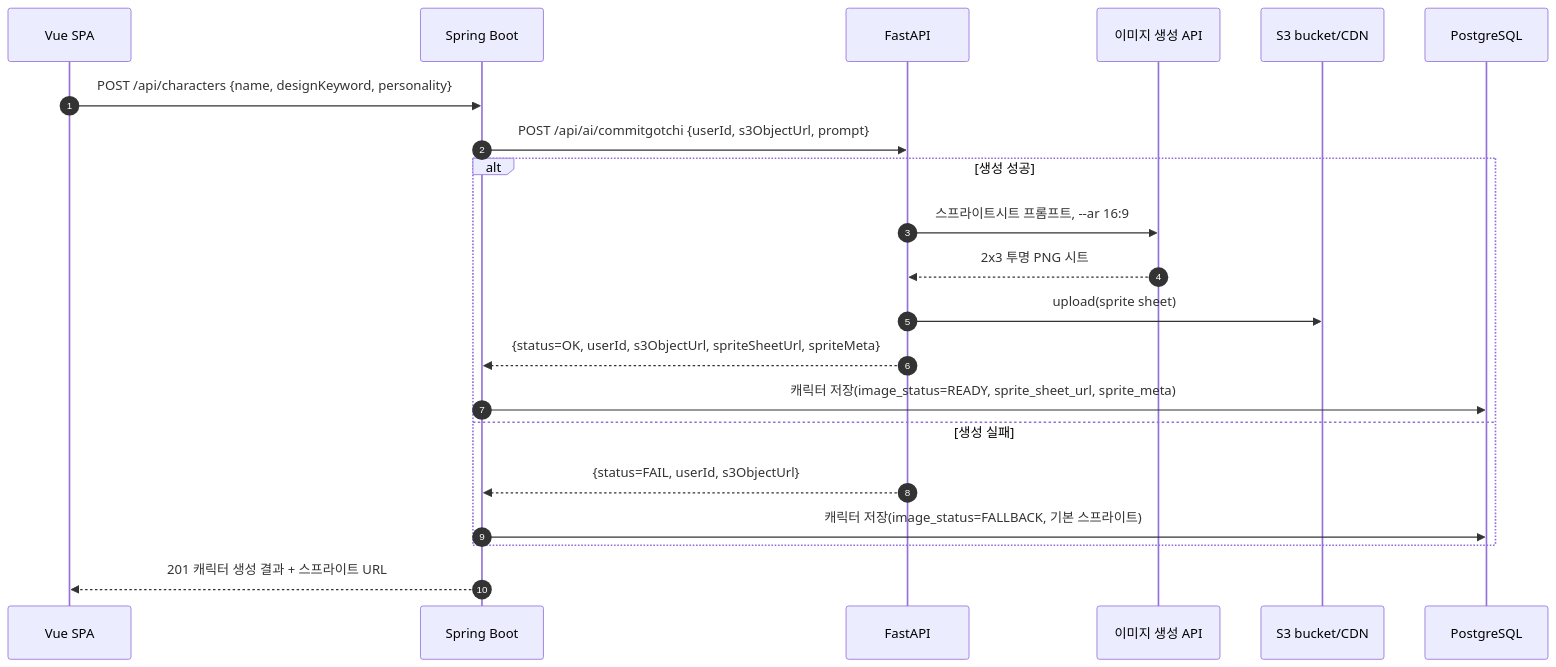
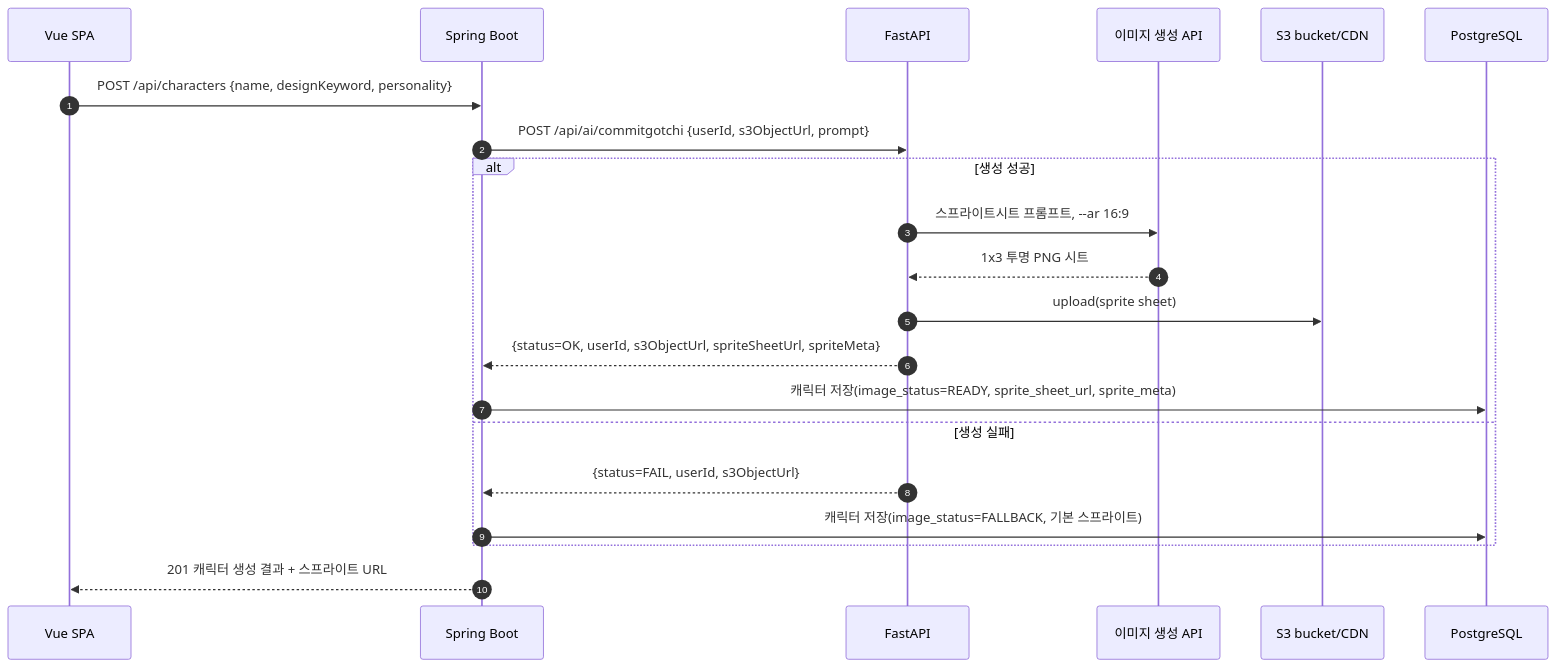
Before and after one commit to YunAndDong/commitgotchi: the seventh of 15 diagrams in _bmad-output/planning-artifacts/architecture/architecture-commitgotchi-2026-06-07/architecture.md, drawn with Mermaid. The commit also changed other lines of this file and 2 other files, not shown here.

Commit message:
docs(architecture.md): 캐릭터 생성에 관한 문저 재정렬

````diff
--- a/_bmad-output/planning-artifacts/architecture/architecture-commitgotchi-2026-06-07/architecture.md
+++ b/_bmad-output/planning-artifacts/architecture/architecture-commitgotchi-2026-06-07/architecture.md
@@ -881,24 +901,24 @@
 ```mermaid
 sequenceDiagram
   autonumber
   participant V as Vue SPA
   participant SB as Spring Boot
   participant FA as FastAPI
   participant AI as 이미지 생성 API
   participant S3 as S3 bucket/CDN
   participant DB as PostgreSQL
 
   V->>SB: POST /api/characters {name, designKeyword, personality}
   SB->>FA: POST /api/ai/commitgotchi {userId, s3ObjectUrl, prompt}
   alt 생성 성공
     FA->>AI: 스프라이트시트 프롬프트, --ar 16:9
-    AI-->>FA: 2x3 투명 PNG 시트
+    AI-->>FA: 1x3 투명 PNG 시트
     FA->>S3: upload(sprite sheet)
     FA-->>SB: {status=OK, userId, s3ObjectUrl, spriteSheetUrl, spriteMeta}
     SB->>DB: 캐릭터 저장(image_status=READY, sprite_sheet_url, sprite_meta)
   else 생성 실패
     FA-->>SB: {status=FAIL, userId, s3ObjectUrl}
     SB->>DB: 캐릭터 저장(image_status=FALLBACK, 기본 스프라이트)
   end
   SB-->>V: 201 캐릭터 생성 결과 + 스프라이트 URL
 ```
````
